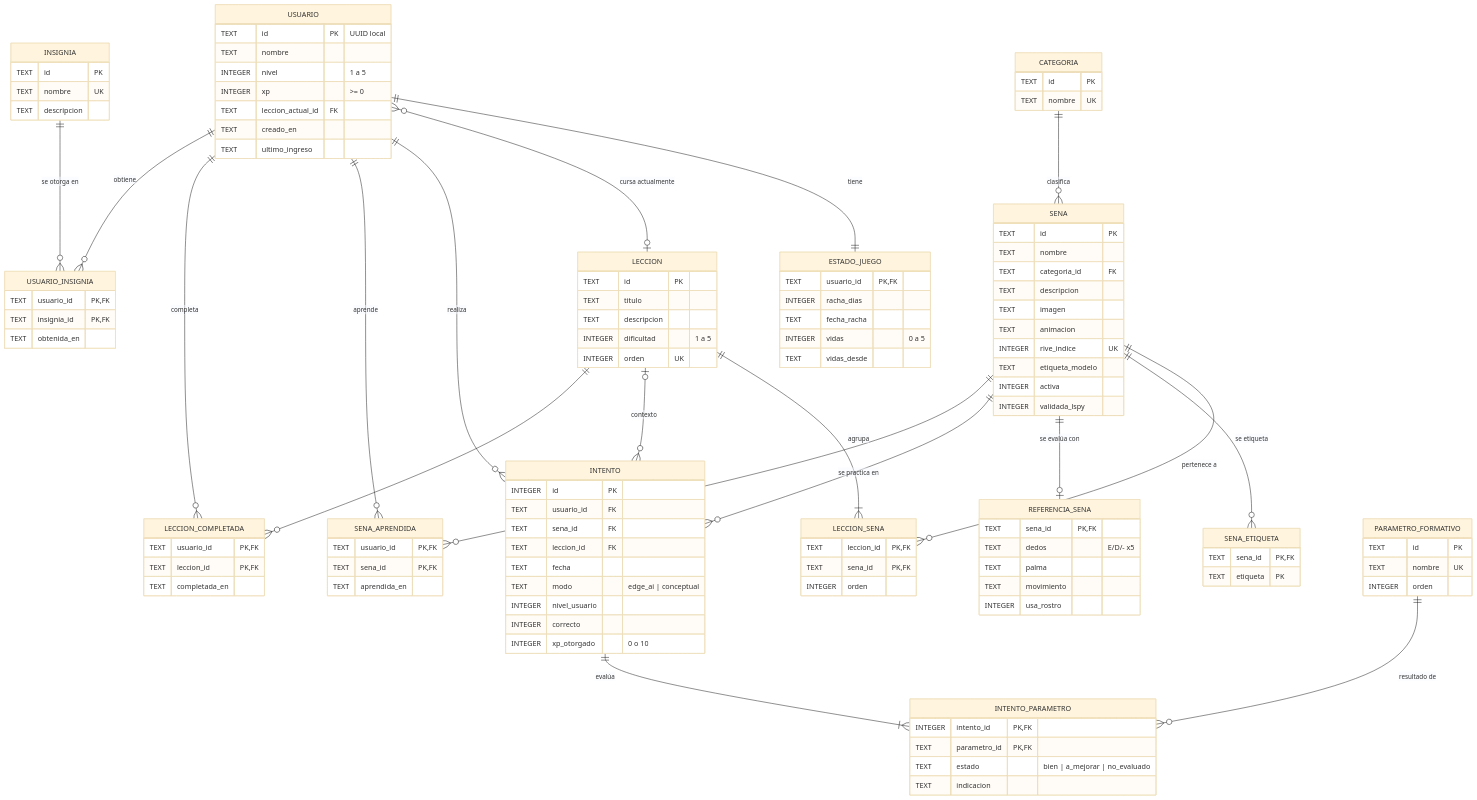
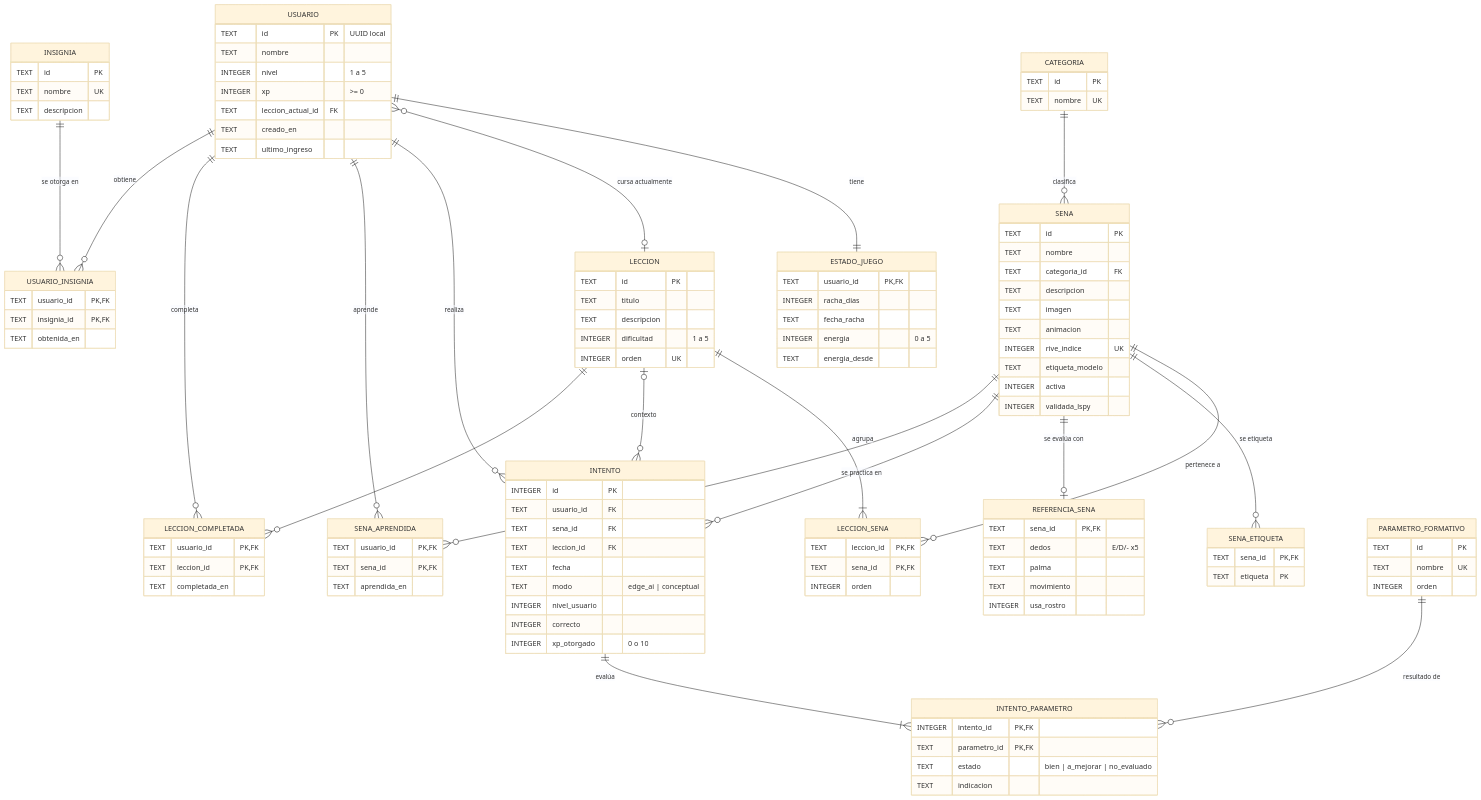
Before and after one commit to FerRobles616/SenasGo: the diagram in docs/diagramas/entidad_relacion.mmd, drawn with Mermaid (base theme). The commit also changed 36 other files, not shown here.

```diff
--- a/docs/diagramas/entidad_relacion.mmd
+++ b/docs/diagramas/entidad_relacion.mmd
@@ -1,117 +1,117 @@
 erDiagram
     USUARIO ||--|| ESTADO_JUEGO : "tiene"
     USUARIO }o--o| LECCION : "cursa actualmente"
     USUARIO ||--o{ INTENTO : "realiza"
     USUARIO ||--o{ SENA_APRENDIDA : "aprende"
     USUARIO ||--o{ LECCION_COMPLETADA : "completa"
     USUARIO ||--o{ USUARIO_INSIGNIA : "obtiene"
     LECCION ||--|{ LECCION_SENA : "agrupa"
     SENA ||--o{ LECCION_SENA : "pertenece a"
     CATEGORIA ||--o{ SENA : "clasifica"
     SENA ||--o{ SENA_ETIQUETA : "se etiqueta"
     SENA ||--o| REFERENCIA_SENA : "se evalúa con"
     SENA ||--o{ INTENTO : "se practica en"
     LECCION |o--o{ INTENTO : "contexto"
     INTENTO ||--|{ INTENTO_PARAMETRO : "evalúa"
     PARAMETRO_FORMATIVO ||--o{ INTENTO_PARAMETRO : "resultado de"
     SENA ||--o{ SENA_APRENDIDA : ""
     LECCION ||--o{ LECCION_COMPLETADA : ""
     INSIGNIA ||--o{ USUARIO_INSIGNIA : "se otorga en"
 
     USUARIO {
         TEXT id PK "UUID local"
         TEXT nombre
         INTEGER nivel "1 a 5"
         INTEGER xp ">= 0"
         TEXT leccion_actual_id FK
         TEXT creado_en
         TEXT ultimo_ingreso
     }
     ESTADO_JUEGO {
         TEXT usuario_id PK, FK
         INTEGER racha_dias
         TEXT fecha_racha
-        INTEGER vidas "0 a 5"
-        TEXT vidas_desde
+        INTEGER energia "0 a 5"
+        TEXT energia_desde
     }
     CATEGORIA {
         TEXT id PK
         TEXT nombre UK
     }
     LECCION {
         TEXT id PK
         TEXT titulo
         TEXT descripcion
         INTEGER dificultad "1 a 5"
         INTEGER orden UK
     }
     SENA {
         TEXT id PK
         TEXT nombre
         TEXT categoria_id FK
         TEXT descripcion
         TEXT imagen
         TEXT animacion
         INTEGER rive_indice UK
         TEXT etiqueta_modelo
         INTEGER activa
         INTEGER validada_lspy
     }
     SENA_ETIQUETA {
         TEXT sena_id PK, FK
         TEXT etiqueta PK
     }
     LECCION_SENA {
         TEXT leccion_id PK, FK
         TEXT sena_id PK, FK
         INTEGER orden
     }
     REFERENCIA_SENA {
         TEXT sena_id PK, FK
         TEXT dedos "E/D/- x5"
         TEXT palma
         TEXT movimiento
         INTEGER usa_rostro
     }
     PARAMETRO_FORMATIVO {
         TEXT id PK
         TEXT nombre UK
         INTEGER orden
     }
     INTENTO {
         INTEGER id PK
         TEXT usuario_id FK
         TEXT sena_id FK
         TEXT leccion_id FK
         TEXT fecha
         TEXT modo "edge_ai | conceptual"
         INTEGER nivel_usuario
         INTEGER correcto
         INTEGER xp_otorgado "0 o 10"
     }
     INTENTO_PARAMETRO {
         INTEGER intento_id PK, FK
         TEXT parametro_id PK, FK
         TEXT estado "bien | a_mejorar | no_evaluado"
         TEXT indicacion
     }
     SENA_APRENDIDA {
         TEXT usuario_id PK, FK
         TEXT sena_id PK, FK
         TEXT aprendida_en
     }
     LECCION_COMPLETADA {
         TEXT usuario_id PK, FK
         TEXT leccion_id PK, FK
         TEXT completada_en
     }
     INSIGNIA {
         TEXT id PK
         TEXT nombre UK
         TEXT descripcion
     }
     USUARIO_INSIGNIA {
         TEXT usuario_id PK, FK
         TEXT insignia_id PK, FK
         TEXT obtenida_en
     }
```
